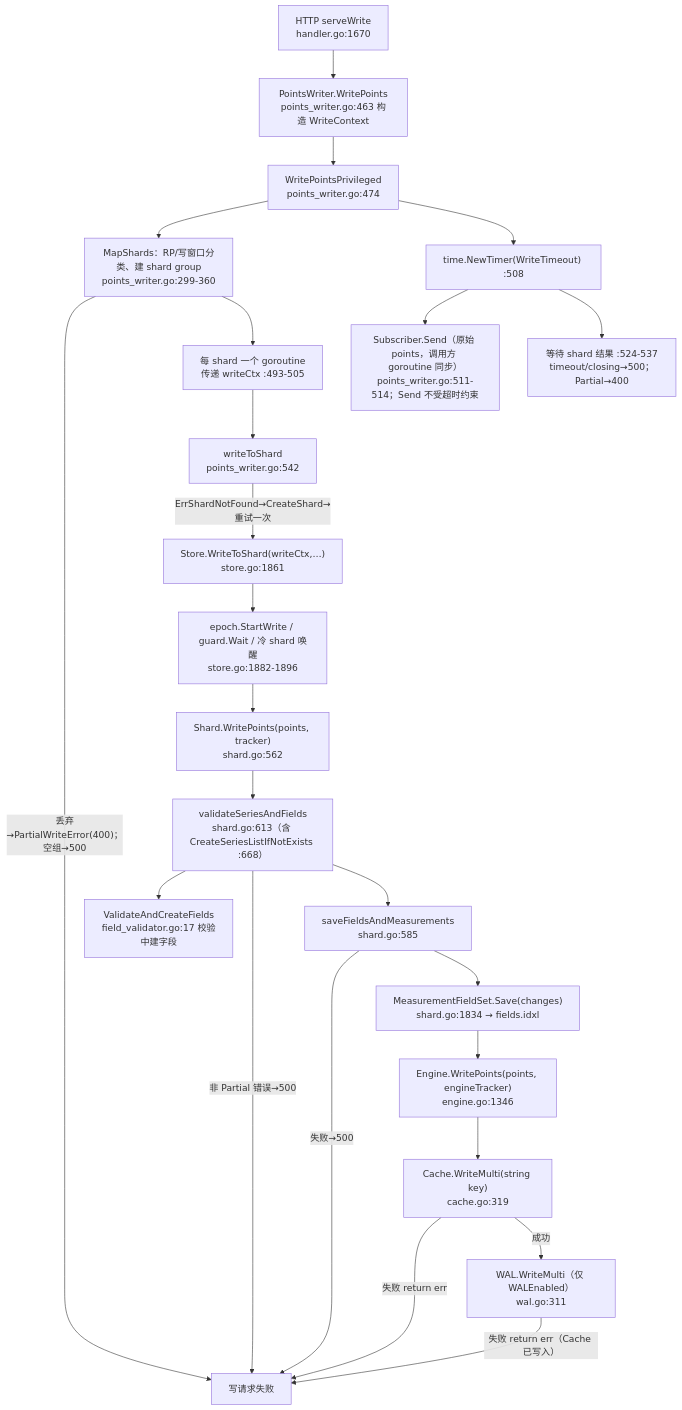
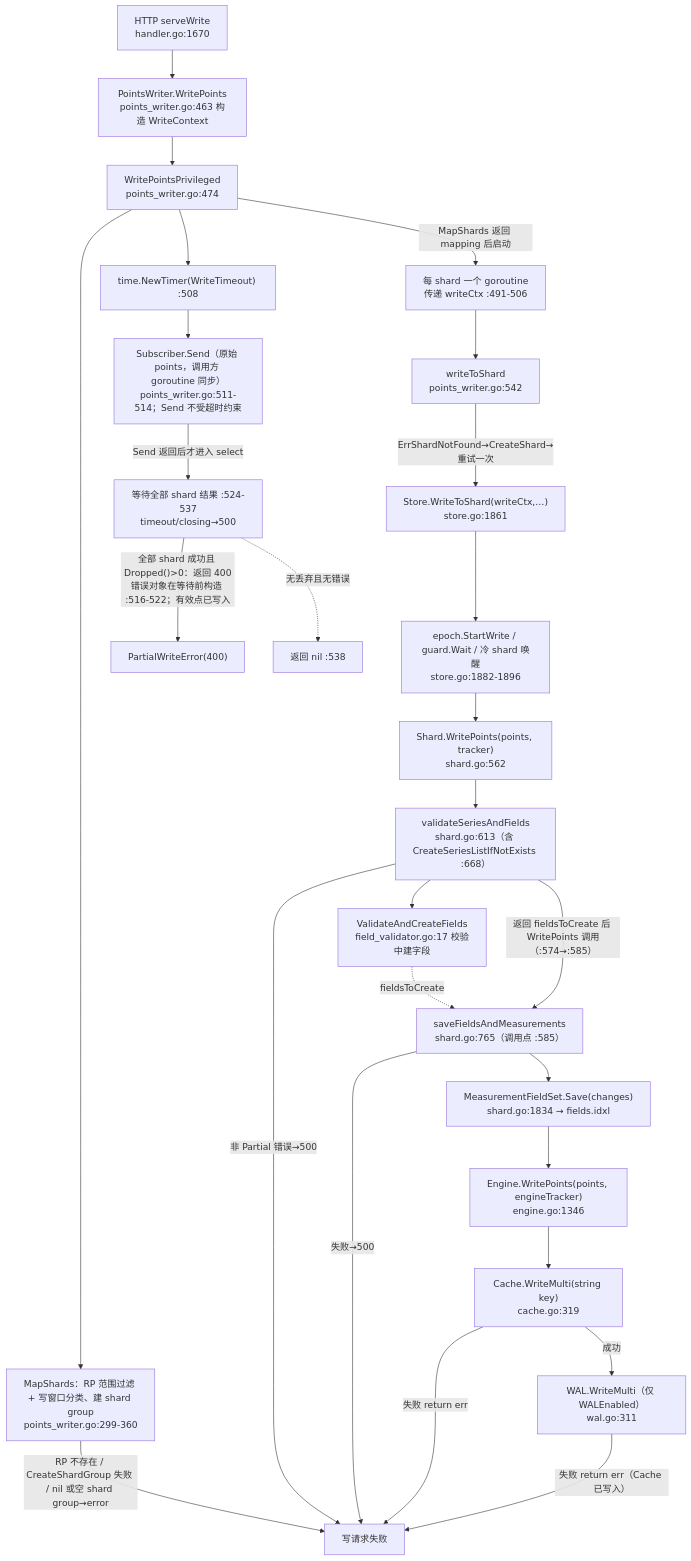
The second of 6 diagrams in docs/specs/v1.8.10-vs-v1.12.3/01_write_path_diff.md (stefanv5/influxdb), drawn with Mermaid before and after one commit. The commit also changed other lines of this file and 11 other files, not shown here.

First line of the commit message:
docs: complete D1-D6 diagram/module/case audit

````diff
--- a/docs/specs/v1.8.10-vs-v1.12.3/01_write_path_diff.md
+++ b/docs/specs/v1.8.10-vs-v1.12.3/01_write_path_diff.md
@@ -92,26 +95,29 @@
 ```mermaid
 flowchart TD
     H2["HTTP serveWrite<br/>handler.go:1670"] --> P2["PointsWriter.WritePoints<br/>points_writer.go:463 构造 WriteContext"]
     P2 --> PP2["WritePointsPrivileged<br/>points_writer.go:474"]
-    PP2 --> M2["MapShards：RP/写窗口分类、建 shard group<br/>points_writer.go:299-360"]
-    M2 -->|"丢弃→PartialWriteError(400)；空组→500"| EX2["写请求失败"]
-    M2 --> G2["每 shard 一个 goroutine<br/>传递 writeCtx :493-505"]
-    PP2 --> TM2["time.NewTimer(WriteTimeout) :508"]
-    TM2 --> SUB["Subscriber.Send（原始 points，调用方 goroutine 同步）<br/>points_writer.go:511-514；Send 不受超时约束"]
-    TM2 --> R2["等待 shard 结果 :524-537<br/>timeout/closing→500；Partial→400"]
+    PP2 --> M2["MapShards：RP 范围过滤 + 写窗口分类、建 shard group<br/>points_writer.go:299-360"]
+    M2 -->|"RP 不存在 / CreateShardGroup 失败 / nil 或空 shard group→error"| EX2["写请求失败"]
+    PP2 -->|"MapShards 返回 mapping 后启动"| G2["每 shard 一个 goroutine<br/>传递 writeCtx :491-506"]
     G2 --> W2["writeToShard<br/>points_writer.go:542"]
     W2 -->|"ErrShardNotFound→CreateShard→重试一次"| S2["Store.WriteToShard(writeCtx,…)<br/>store.go:1861"]
     S2 --> E2["epoch.StartWrite / guard.Wait / 冷 shard 唤醒<br/>store.go:1882-1896"]
     E2 --> SH2["Shard.WritePoints(points, tracker)<br/>shard.go:562"]
     SH2 --> V2["validateSeriesAndFields<br/>shard.go:613（含 CreateSeriesListIfNotExists :668）"]
+    V2 -->|"非 Partial 错误→500"| EX2
     V2 --> VC2["ValidateAndCreateFields<br/>field_validator.go:17 校验中建字段"]
-    V2 -->|"非 Partial 错误→500"| EX2
-    V2 --> CF2["saveFieldsAndMeasurements<br/>shard.go:585"]
+    VC2 -.->|"fieldsToCreate"| CF2["saveFieldsAndMeasurements<br/>shard.go:765（调用点 :585）"]
+    V2 -->|"返回 fieldsToCreate 后 WritePoints 调用（:574→:585）"| CF2
     CF2 -->|"失败→500"| EX2
     CF2 --> CL2["MeasurementFieldSet.Save(changes)<br/>shard.go:1834 → fields.idxl"]
     CL2 --> EN2["Engine.WritePoints(points, engineTracker)<br/>engine.go:1346"]
     EN2 --> C2["Cache.WriteMulti(string key)<br/>cache.go:319"]
     C2 -->|"失败 return err"| EX2
     C2 -->|"成功"| L2["WAL.WriteMulti（仅 WALEnabled）<br/>wal.go:311"]
     L2 -->|"失败 return err（Cache 已写入）"| EX2
+    PP2 --> TM2["time.NewTimer(WriteTimeout) :508"]
+    TM2 --> SUB["Subscriber.Send（原始 points，调用方 goroutine 同步）<br/>points_writer.go:511-514；Send 不受超时约束"]
+    SUB -->|"Send 返回后才进入 select"| R2["等待全部 shard 结果 :524-537<br/>timeout/closing→500"]
+    R2 -->|"全部 shard 成功且 Dropped()>0：返回 400<br/>错误对象在等待前构造 :516-522；有效点已写入"| DP2["PartialWriteError(400)"]
+    R2 -.->|"无丢弃且无错误"| OK2["返回 nil :538"]
 ```
````
